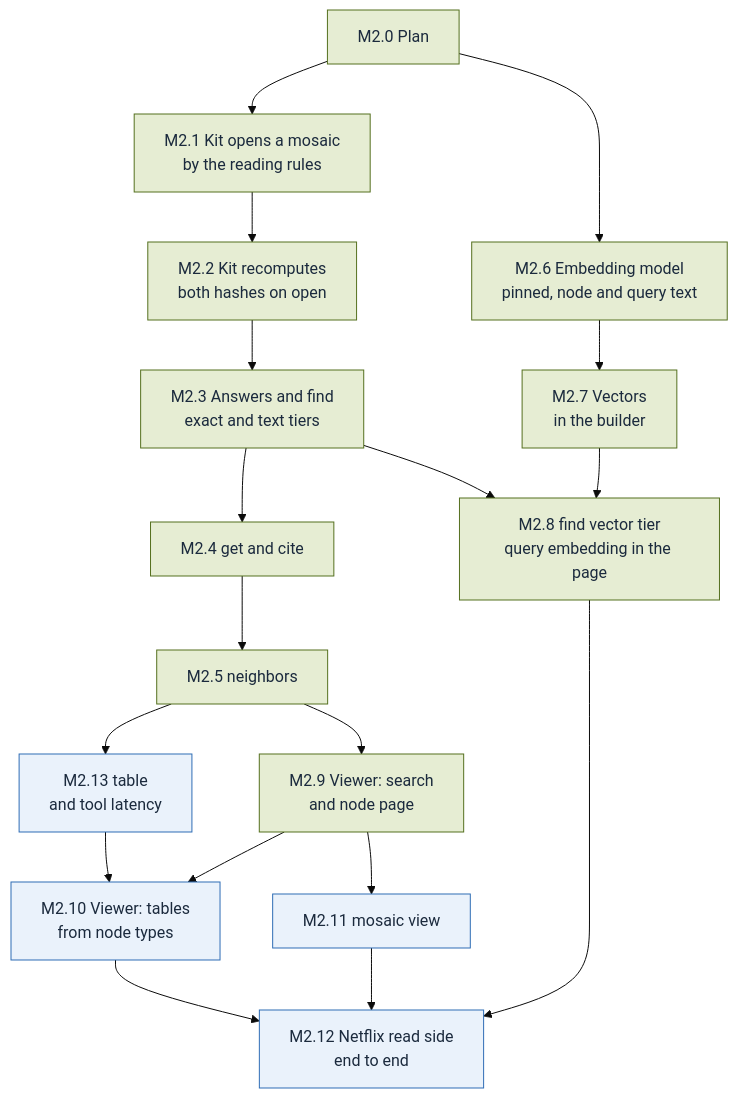
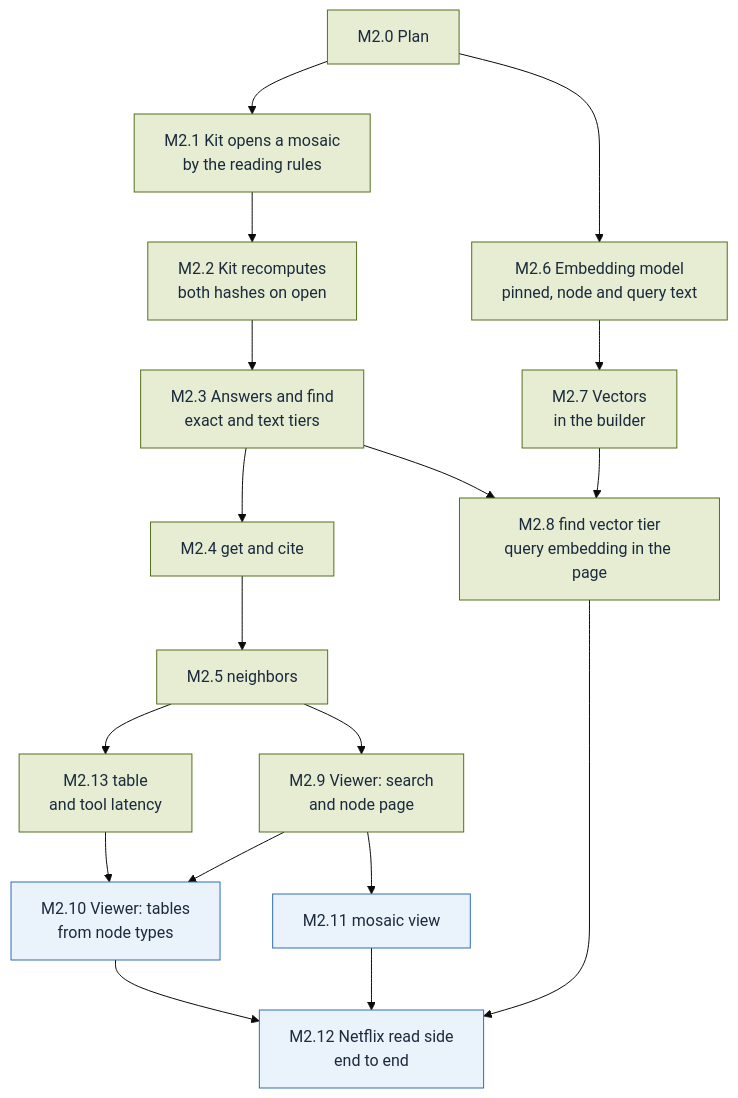
The diagram in plan/M2.md (alcjor/Mosaic), drawn with Mermaid (base theme) before and after one commit. The commit also changed other lines of this file and 12 other files, not shown here.

````diff
--- a/plan/M2.md
+++ b/plan/M2.md
@@ -3,39 +3,39 @@
 ```mermaid
 flowchart TD
   M2_0["M2.0 Plan"]
   M2_1["M2.1 Kit opens a mosaic<br/>by the reading rules"]
   M2_2["M2.2 Kit recomputes<br/>both hashes on open"]
   M2_3["M2.3 Answers and find<br/>exact and text tiers"]
   M2_4["M2.4 get and cite"]
   M2_5["M2.5 neighbors"]
   M2_13["M2.13 table<br/>and tool latency"]
   M2_6["M2.6 Embedding model<br/>pinned, node and query text"]
   M2_7["M2.7 Vectors<br/>in the builder"]
   M2_8["M2.8 find vector tier<br/>query embedding in the page"]
   M2_9["M2.9 Viewer: search<br/>and node page"]
   M2_10["M2.10 Viewer: tables<br/>from node types"]
   M2_11["M2.11 mosaic view"]
   M2_12["M2.12 Netflix read side<br/>end to end"]
   M2_0 --> M2_1
   M2_1 --> M2_2
   M2_2 --> M2_3
   M2_3 --> M2_4
   M2_4 --> M2_5
   M2_5 --> M2_13
   M2_0 --> M2_6
   M2_6 --> M2_7
   M2_3 --> M2_8
   M2_7 --> M2_8
   M2_5 --> M2_9
   M2_9 --> M2_10
   M2_13 --> M2_10
   M2_9 --> M2_11
   M2_8 --> M2_12
   M2_10 --> M2_12
   M2_11 --> M2_12
   classDef done fill:#E6EDD3,stroke:#55701F,color:#1B2A3D
   classDef todo fill:#EAF2FB,stroke:#2F6DB5,color:#1B2A3D
   classDef parked fill:#FCEFCF,stroke:#F2B630,color:#1B2A3D
-  class M2_0,M2_1,M2_2,M2_3,M2_4,M2_5,M2_6,M2_7,M2_8,M2_9 done
-  class M2_10,M2_11,M2_12,M2_13 todo
+  class M2_0,M2_1,M2_2,M2_3,M2_4,M2_5,M2_6,M2_7,M2_8,M2_9,M2_13 done
+  class M2_10,M2_11,M2_12 todo
 ```
````
